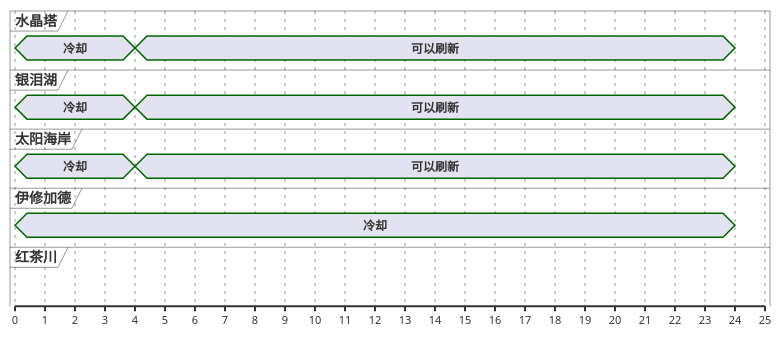
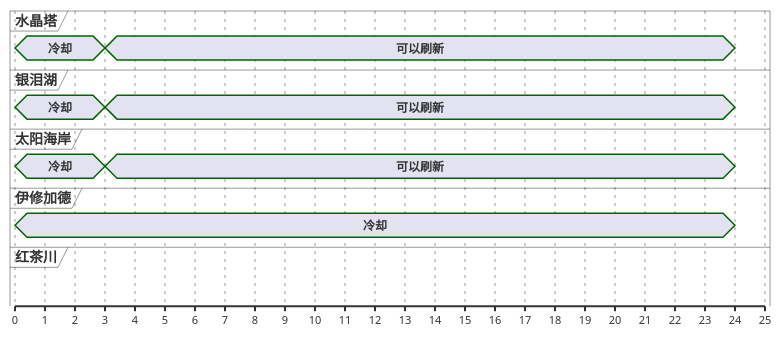
The fourth of 13 diagrams in ffxiv/hunt/2.0/Croakadile.md (Eroleice/doc-pi), drawn with PlantUML before and after one commit. The commit also changed other lines of this file and 38 other files, not shown here.

````diff
--- a/ffxiv/hunt/2.0/Croakadile.md
+++ b/ffxiv/hunt/2.0/Croakadile.md
@@ -186,34 +186,34 @@
 ```plantuml
 @startuml
 scale 1 as 30 pixels
 
 concise 水晶塔
 concise 银泪湖
 concise 太阳海岸
 concise 伊修加德
 concise 红茶川
 
 @银泪湖
 0 is 冷却
-4 is 可以刷新
-4 is 强制刷新
+3 is 可以刷新
+3 is 强制刷新
 24 is {hidden}
 
 @水晶塔
 0 is 冷却
-4 is 可以刷新
-4 is 强制刷新
+3 is 可以刷新
+3 is 强制刷新
 24 is {hidden}
 
 @太阳海岸
 0 is 冷却
-4 is 可以刷新
-4 is 强制刷新
+3 is 可以刷新
+3 is 强制刷新
 24 is {hidden}
 
 @伊修加德
 0 is 冷却
 24 is {hidden}
 
 @enduml
 ```
````
